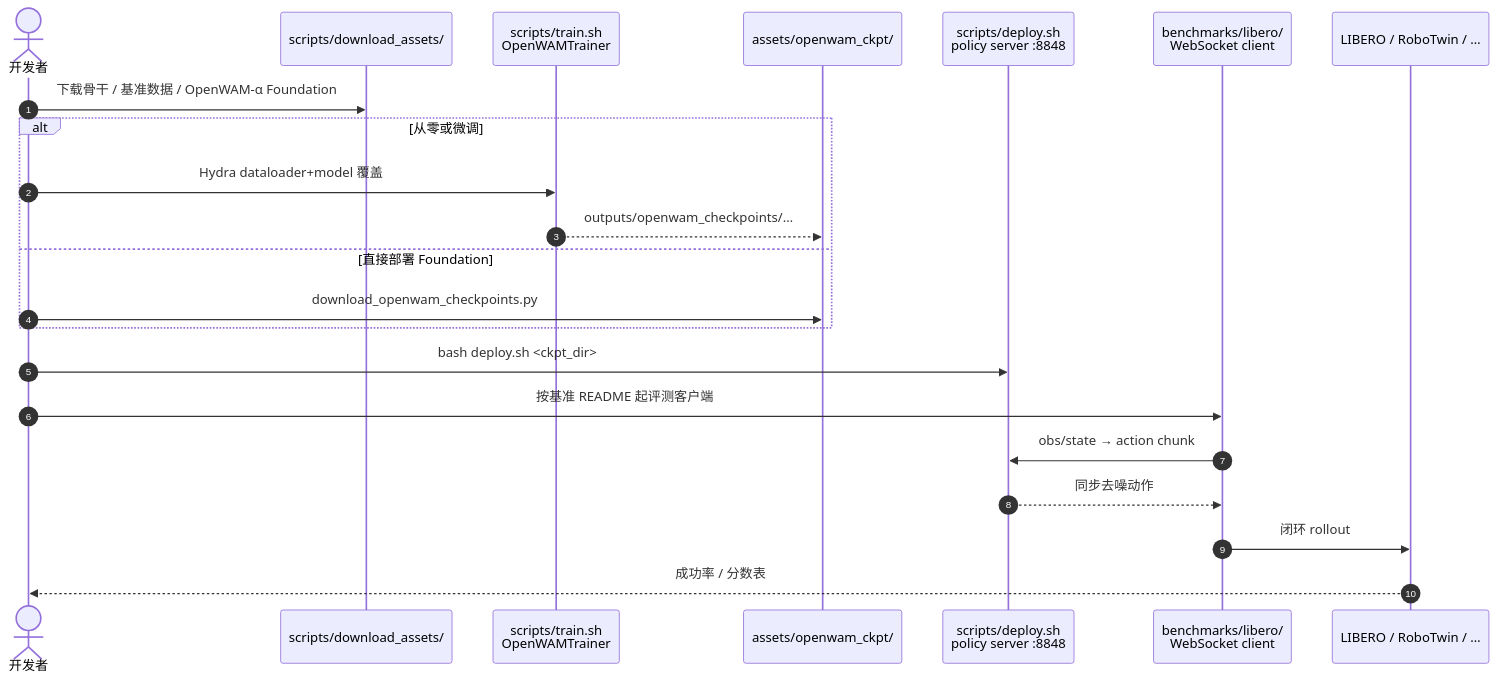
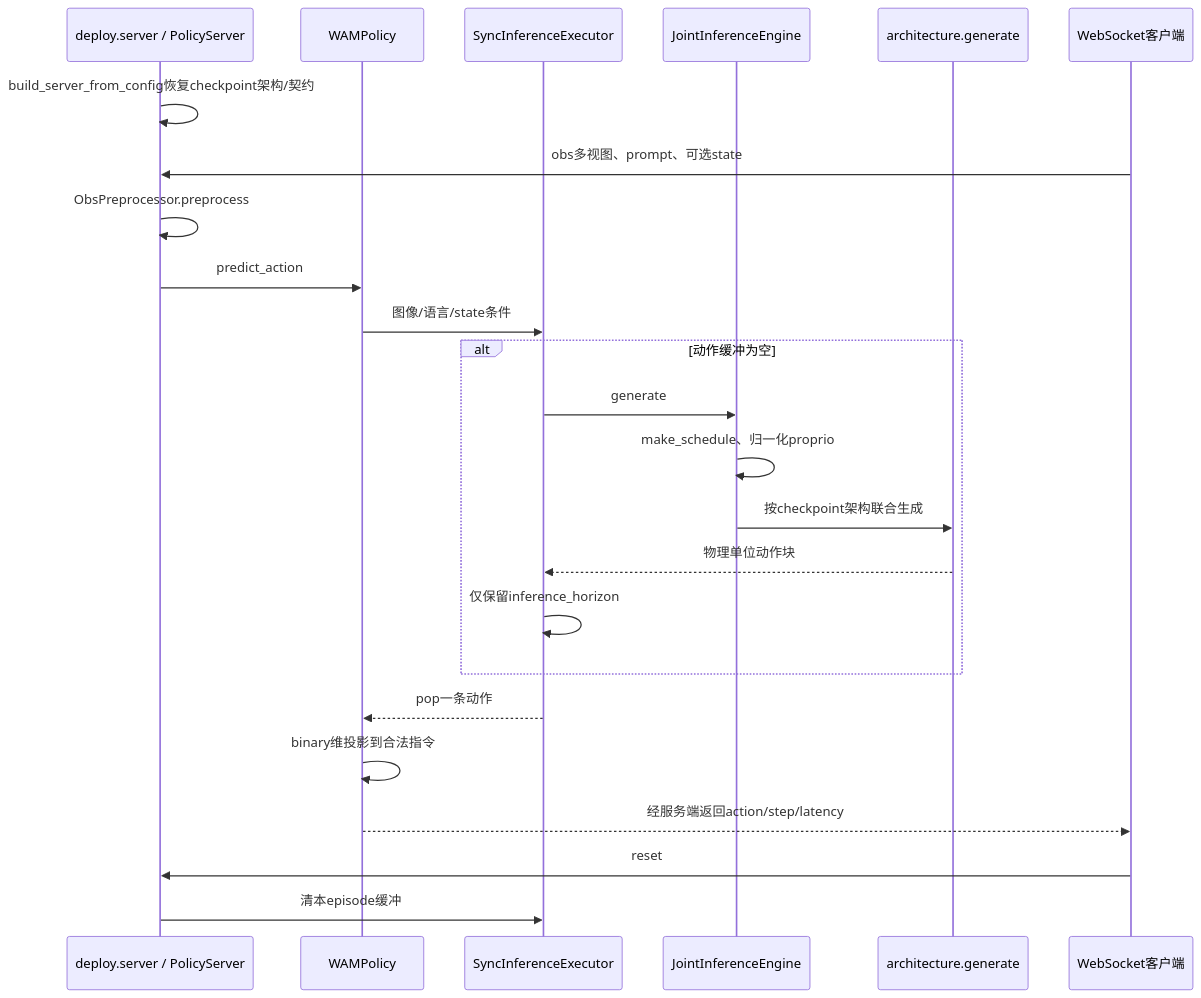
Before and after one commit to ImChong/Robotics_Notebooks: the second of 2 diagrams in wiki/entities/paper-openwam.md, drawn with Mermaid. The commit also changed other lines of this file and 208 other files, not shown here.

Commit message:
[2026-11-14] ingest | roadmap/depth-wam.md — 补齐 WAM 全部节点原文证据与满分健康度

````diff
--- a/wiki/entities/paper-openwam.md
+++ b/wiki/entities/paper-openwam.md
@@ -119,24 +121,26 @@
 ```mermaid
 sequenceDiagram
-    autonumber
-    actor Dev as 开发者
-    participant DL as scripts/download_assets/
-    participant Train as scripts/train.sh<br/>OpenWAMTrainer
-    participant Ckpt as assets/openwam_ckpt/
-    participant Deploy as scripts/deploy.sh<br/>policy server :8848
-    participant Client as benchmarks/libero/<br/>WebSocket client
-    participant Sim as LIBERO / RoboTwin / …
-    Dev->>DL: 下载骨干 / 基准数据 / OpenWAM-α Foundation
-    alt 从零或微调
-        Dev->>Train: Hydra dataloader+model 覆盖
-        Train-->>Ckpt: outputs/openwam_checkpoints/…
-    else 直接部署 Foundation
-        Dev->>Ckpt: download_openwam_checkpoints.py
-    end
-    Dev->>Deploy: bash deploy.sh <ckpt_dir>
-    Dev->>Client: 按基准 README 起评测客户端
-    Client->>Deploy: obs/state → action chunk
-    Deploy-->>Client: 同步去噪动作
-    Client->>Sim: 闭环 rollout
-    Sim-->>Dev: 成功率 / 分数表
+  participant S as deploy.server / PolicyServer
+  participant P as WAMPolicy
+  participant X as SyncInferenceExecutor
+  participant E as JointInferenceEngine
+  participant M as architecture.generate
+  participant C as WebSocket客户端
+  S->>S: build_server_from_config恢复checkpoint架构/契约
+  C->>S: obs多视图、prompt、可选state
+  S->>S: ObsPreprocessor.preprocess
+  S->>P: predict_action
+  P->>X: 图像/语言/state条件
+  alt 动作缓冲为空
+    X->>E: generate
+    E->>E: make_schedule、归一化proprio
+    E->>M: 按checkpoint架构联合生成
+    M-->>X: 物理单位动作块
+    X->>X: 仅保留inference_horizon
+  end
+  X-->>P: pop一条动作
+  P->>P: binary维投影到合法指令
+  P-->>C: 经服务端返回action/step/latency
+  C->>S: reset
+  S->>X: 清本episode缓冲
 ```
````
